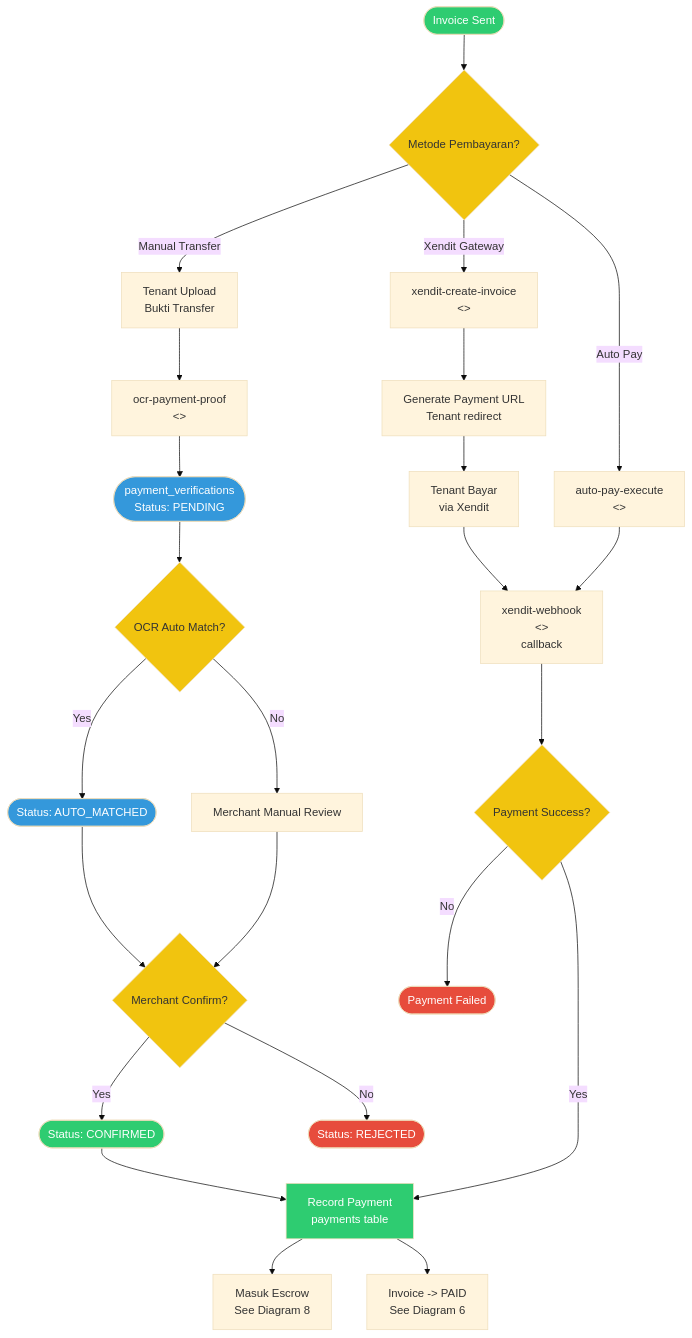
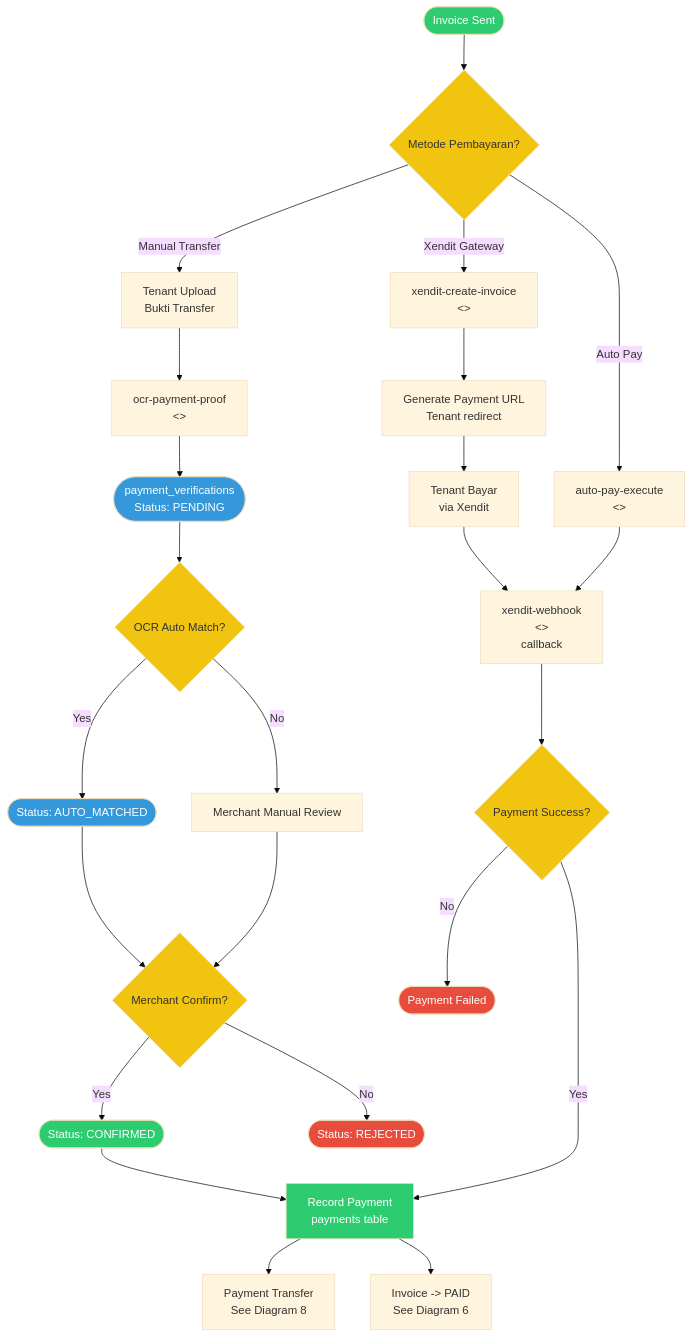
One commit to itsramaa/Sistem-Hunian changed the eighth of 24 diagrams in old-docs/merchant_activity_diagram.md. Above: the diagram before and after it, drawn with Mermaid (base theme). The commit also changed other lines of this file and 3 other files, not shown here.

````diff
--- a/old-docs/merchant_activity_diagram.md
+++ b/old-docs/merchant_activity_diagram.md
@@ -631,44 +631,44 @@
 ```mermaid
 flowchart TD
     START([Invoice Sent]) --> PAY_METHOD{Metode Pembayaran?}
 
     PAY_METHOD -->|Manual Transfer| UPLOAD[Tenant Upload<br/>Bukti Transfer]
     UPLOAD --> OCR["ocr-payment-proof<br/><<edge function>>"]
     OCR --> VERIF_PENDING([payment_verifications<br/>Status: PENDING])
     VERIF_PENDING --> AUTO_MATCH{OCR Auto Match?}
     AUTO_MATCH -->|Yes| AUTO_MATCHED([Status: AUTO_MATCHED])
     AUTO_MATCH -->|No| MANUAL_REVIEW[Merchant Manual Review]
 
     AUTO_MATCHED --> MERCHANT_CONFIRM{Merchant Confirm?}
     MERCHANT_CONFIRM -->|Yes| CONFIRMED([Status: CONFIRMED])
     MERCHANT_CONFIRM -->|No| REJECTED([Status: REJECTED])
 
     MANUAL_REVIEW --> MERCHANT_CONFIRM
 
     CONFIRMED --> RECORD_PAY[Record Payment<br/>payments table]
-    RECORD_PAY --> ESCROW["Masuk Escrow<br/>See Diagram 8"]
+    RECORD_PAY --> TRANSFER["Payment Transfer<br/>See Diagram 8"]
     RECORD_PAY --> INV_PAID["Invoice -> PAID<br/>See Diagram 6"]
 
     PAY_METHOD -->|Xendit Gateway| XENDIT_CREATE["xendit-create-invoice<br/><<edge function>>"]
     XENDIT_CREATE --> PAY_URL[Generate Payment URL<br/>Tenant redirect]
     PAY_URL --> TENANT_PAY[Tenant Bayar<br/>via Xendit]
     TENANT_PAY --> WEBHOOK["xendit-webhook<br/><<edge function>><br/>callback"]
     WEBHOOK --> WEBHOOK_OK{Payment Success?}
     WEBHOOK_OK -->|Yes| RECORD_PAY
     WEBHOOK_OK -->|No| FAILED([Payment Failed])
 
     PAY_METHOD -->|Auto Pay| AUTO_PAY["auto-pay-execute<br/><<edge function>>"]
     AUTO_PAY --> WEBHOOK
 
     style START fill:#2ecc71,color:#fff
     style CONFIRMED fill:#2ecc71,color:#fff
     style RECORD_PAY fill:#2ecc71,color:#fff
     style VERIF_PENDING fill:#3498db,color:#fff
     style AUTO_MATCHED fill:#3498db,color:#fff
     style REJECTED fill:#e74c3c,color:#fff
     style FAILED fill:#e74c3c,color:#fff
     style PAY_METHOD fill:#f1c40f,color:#333
     style AUTO_MATCH fill:#f1c40f,color:#333
     style MERCHANT_CONFIRM fill:#f1c40f,color:#333
     style WEBHOOK_OK fill:#f1c40f,color:#333
 ```
````
